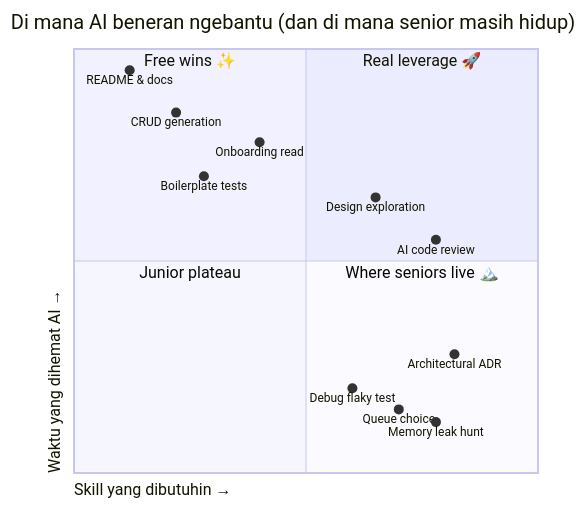
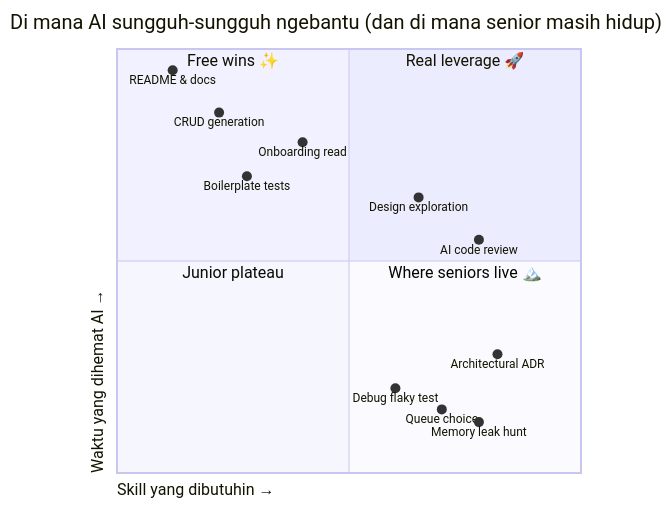
Before and after one commit to hanafifirman11/hanafifirman11.github.io: the first of 5 diagrams in src/content/blog/java-roadmap-ai-era/id.md, drawn with Mermaid. The commit also changed other lines of this file and 1 other file, not shown here.

First line of the commit message:
content: humanize pass on java-roadmap (en + id) per HUMANIZE.md

````diff
--- a/src/content/blog/java-roadmap-ai-era/id.md
+++ b/src/content/blog/java-roadmap-ai-era/id.md
@@ -67,20 +67,20 @@
 ```mermaid
 quadrantChart
-    title Di mana AI beneran ngebantu (dan di mana senior masih hidup)
+    title Di mana AI sungguh-sungguh ngebantu (dan di mana senior masih hidup)
     x-axis "Skill yang dibutuhin →"
     y-axis "Waktu yang dihemat AI →"
     quadrant-1 "Real leverage 🚀"
     quadrant-2 "Free wins ✨"
     quadrant-3 "Junior plateau"
     quadrant-4 "Where seniors live 🏔️"
     "CRUD generation": [0.22, 0.85]
     "README & docs": [0.12, 0.95]
     "Onboarding read": [0.4, 0.78]
     "Boilerplate tests": [0.28, 0.7]
     "Design exploration": [0.65, 0.65]
     "AI code review": [0.78, 0.55]
     "Debug flaky test": [0.6, 0.2]
     "Memory leak hunt": [0.78, 0.12]
     "Queue choice": [0.7, 0.15]
     "Architectural ADR": [0.82, 0.28]
 ```
````
